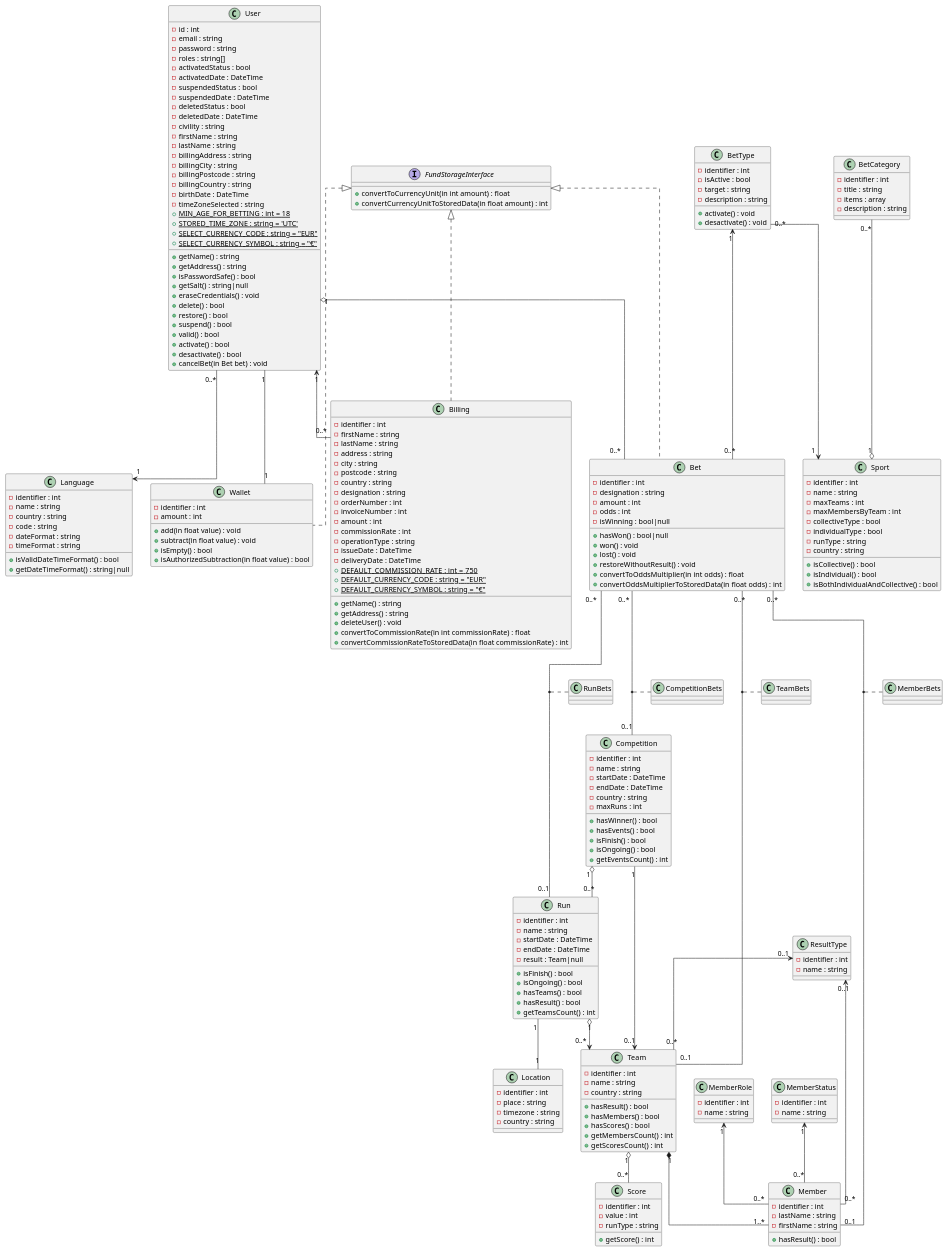
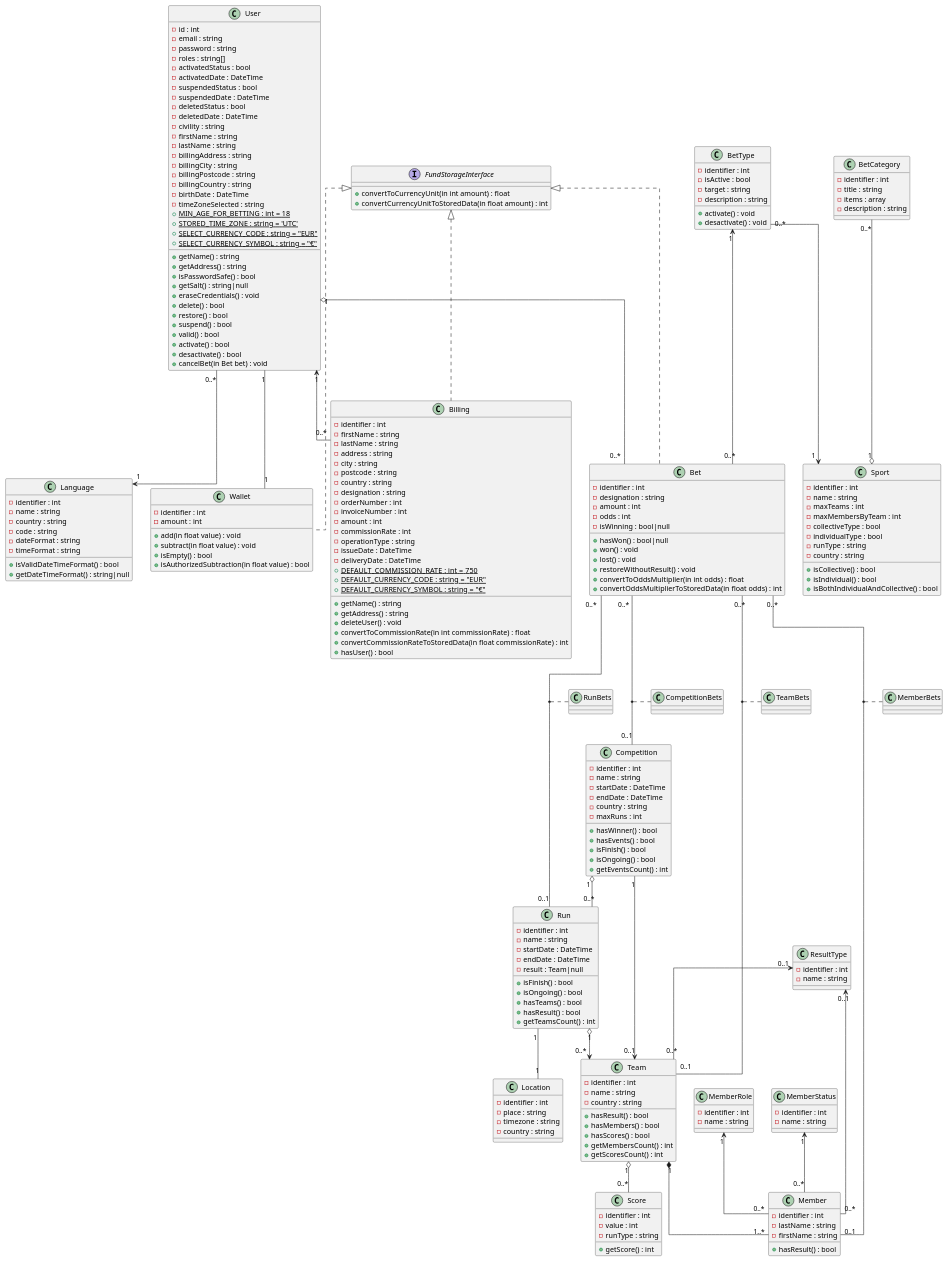
One commit to OFP-CDA-Mulhouse-2020/parisportif5 changed the diagram in docs/Uml/Diagramme_de_classe/Diagramme_de_classe.puml. Above: the diagram before and after it, drawn with PlantUML. The commit also changed 5 other files, not shown here.

```diff
--- a/docs/Uml/Diagramme_de_classe/Diagramme_de_classe.puml
+++ b/docs/Uml/Diagramme_de_classe/Diagramme_de_classe.puml
@@ -162,6 +162,7 @@
         +deleteUser() : void
         +convertToCommissionRate(in int commissionRate) : float
         +convertCommissionRateToStoredData(in float commissionRate) : int
+        +hasUser() : bool
     }
     'Un paris
     class Bet {
```
